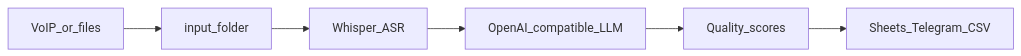
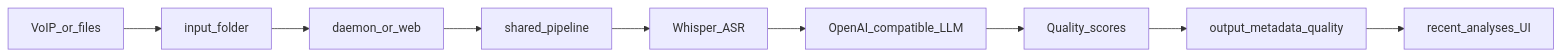
One commit to FUYOH666/Scanovich.ai-audio-call changed the diagram in README_EN.md. Above: the diagram before and after it, drawn with Mermaid. The commit also changed other lines of this file and 49 other files, not shown here.

````diff
--- a/README_EN.md
+++ b/README_EN.md
@@ -26,8 +22,11 @@
 ```mermaid
 flowchart LR
   voip[VoIP_or_files] --> input[input_folder]
-  input --> asr[Whisper_ASR]
+  input --> daemon[daemon_or_web]
+  daemon --> pipeline[shared_pipeline]
+  pipeline --> asr[Whisper_ASR]
   asr --> llm[OpenAI_compatible_LLM]
   llm --> qa[Quality_scores]
-  qa --> out[Sheets_Telegram_CSV]
+  qa --> artifacts[output_metadata_quality]
+  artifacts --> history[recent_analyses_UI]
 ```
````
